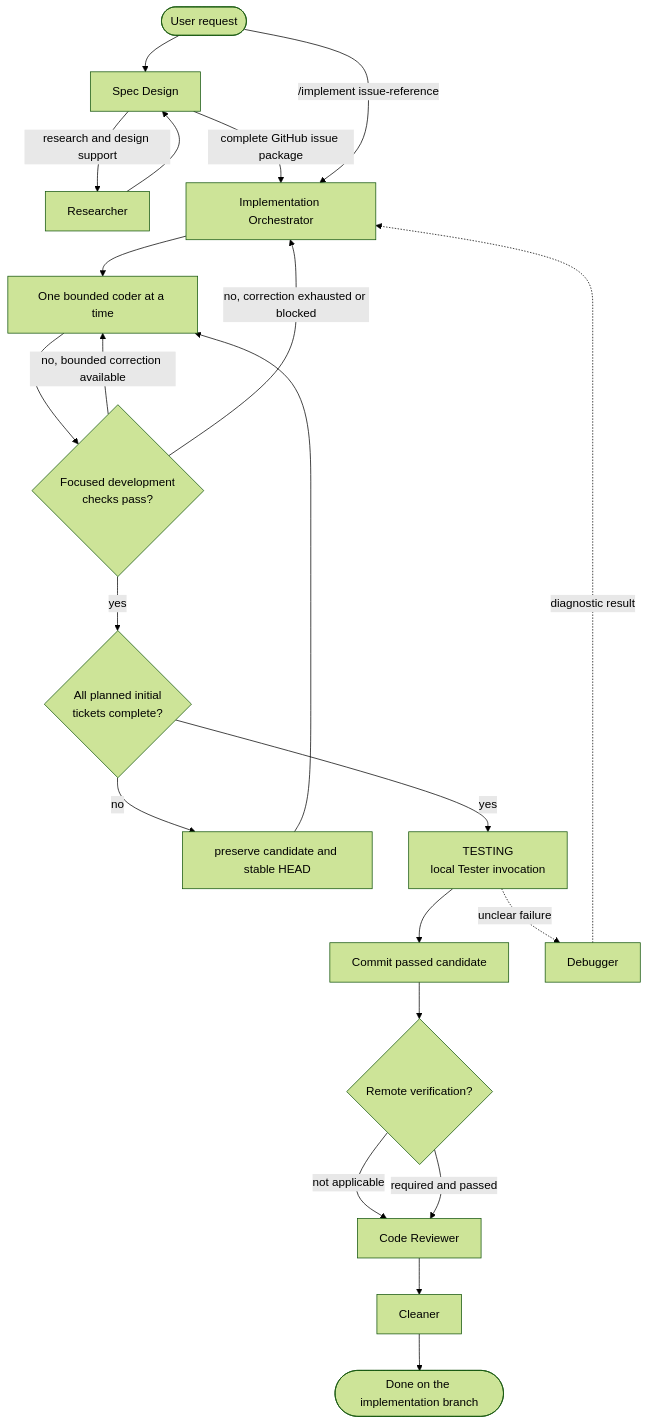
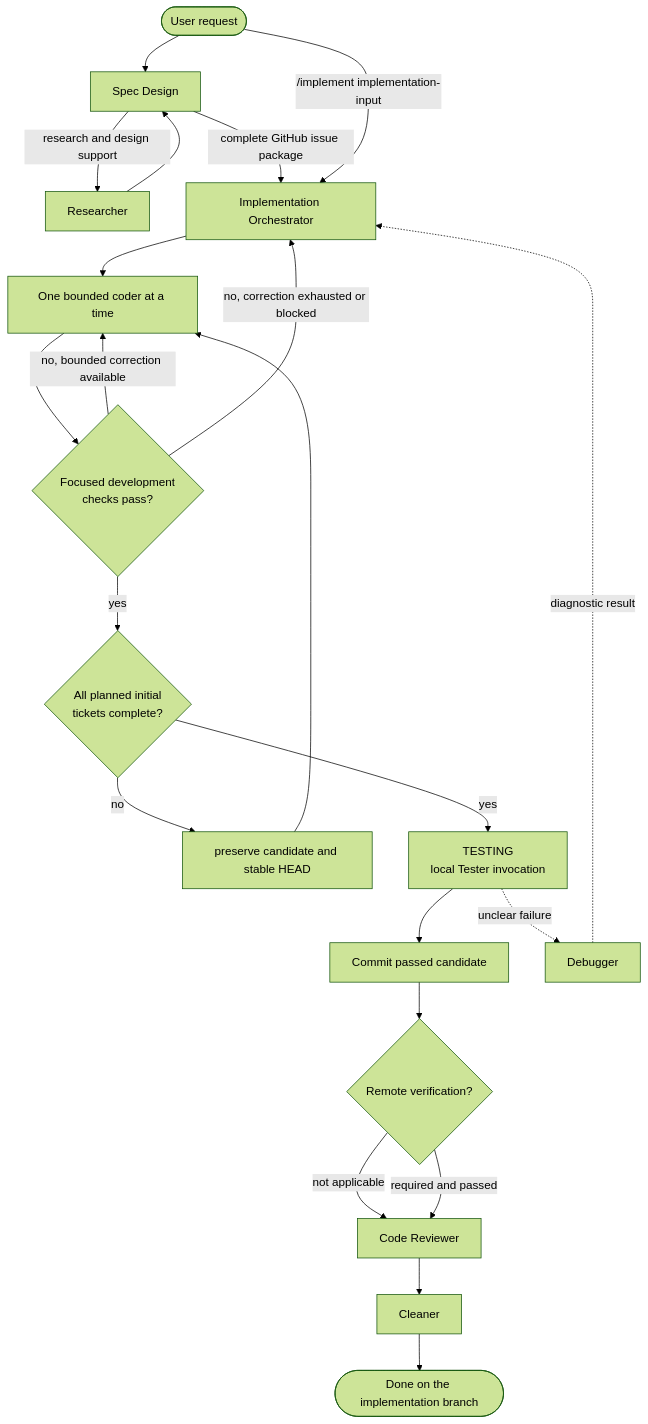
Before and after one commit to JohnnyVM/opencode-harness: the diagram in docs/agents/agent-workflow.md, drawn with Mermaid (forest theme). The commit also changed other lines of this file and 23 other files, not shown here.

````diff
--- a/docs/agents/agent-workflow.md
+++ b/docs/agents/agent-workflow.md
@@ -13,24 +13,24 @@
 ```mermaid
 flowchart TD
     U([User request]) --> SD[Spec Design]
     SD -->|research and design support| R[Researcher]
     R --> SD
     SD -->|complete GitHub issue package| O[Implementation Orchestrator]
-    U -->|/implement issue-reference| O
+    U -->|/implement implementation-input| O
     O --> C[One bounded coder at a time]
     C --> FC{Focused development<br/>checks pass?}
     FC -->|no, bounded correction available| C
     FC -->|no, correction exhausted or blocked| O
     FC -->|yes| MORE{All planned initial<br/>tickets complete?}
     MORE -->|no| C2[preserve candidate and stable HEAD]
     C2 --> C
     MORE -->|yes| T[TESTING<br/>local Tester invocation]
     T --> CM[Commit passed candidate]
     CM --> RT{Remote verification?}
     RT -->|not applicable| CR[Code Reviewer]
     RT -->|required and passed| CR
     CR --> CL[Cleaner]
     CL --> DONE([Done on the implementation branch])
     T -. unclear failure .-> D[Debugger]
     D -. diagnostic result .-> O
 ```
````
